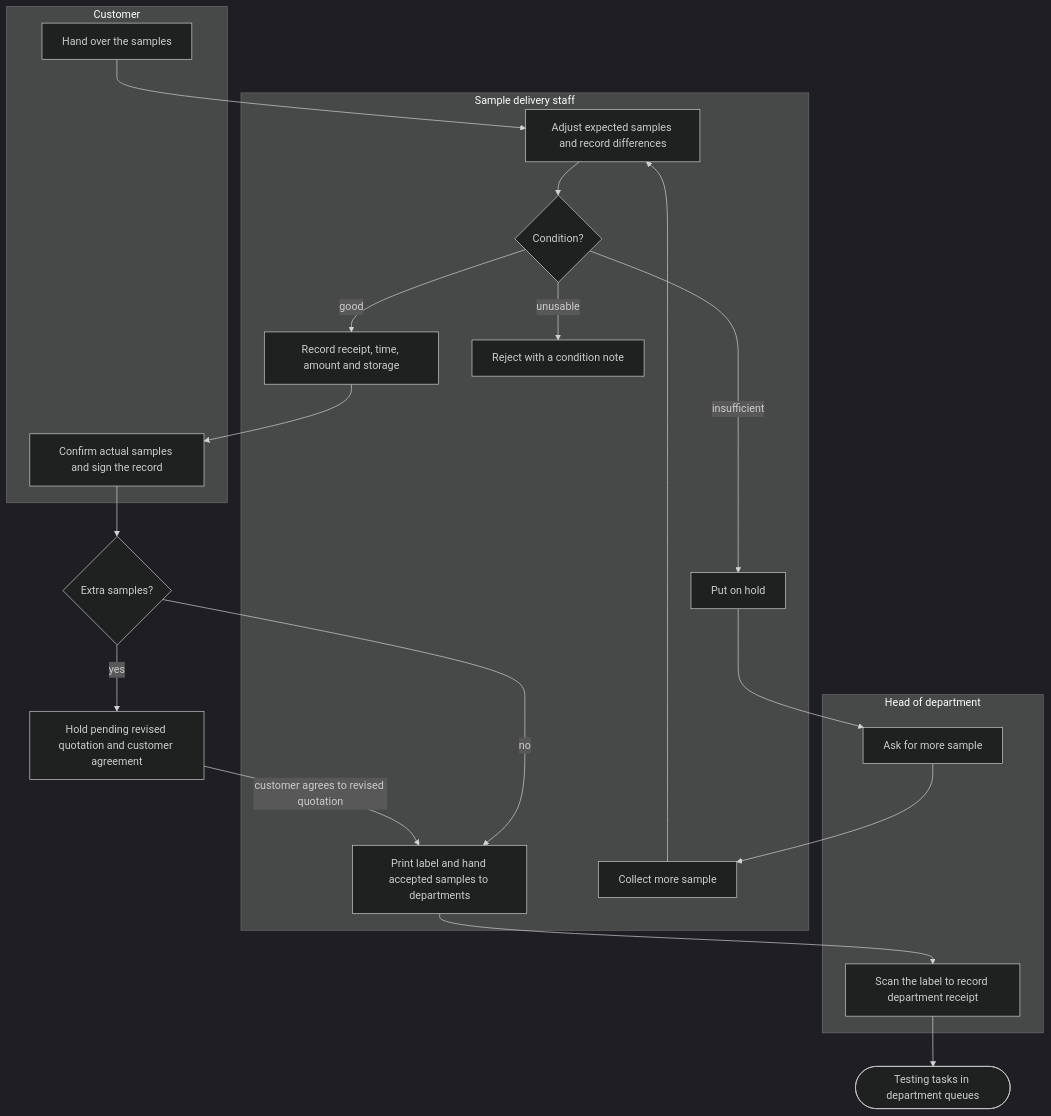
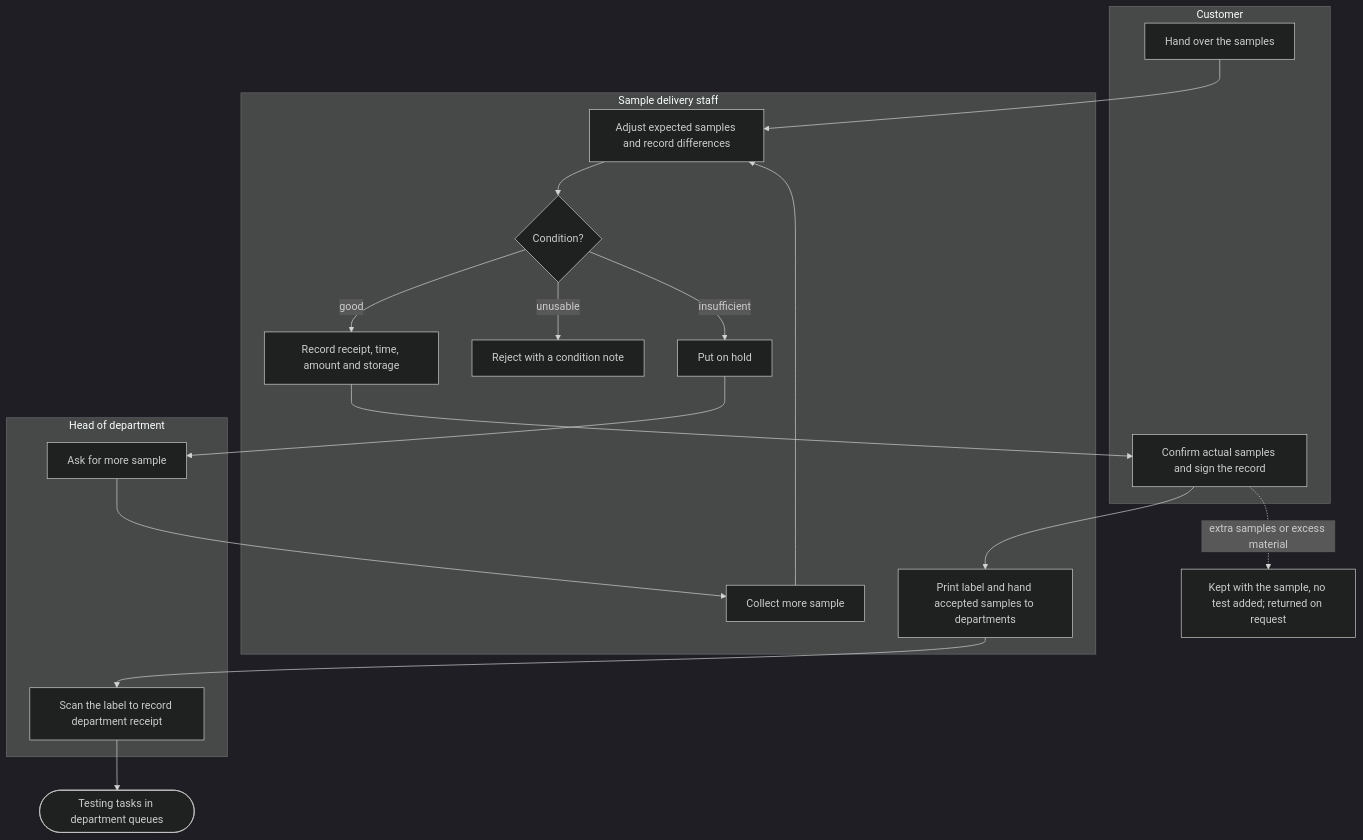
One commit to SoltuneMontepre/medilab changed the second of 17 diagrams in docs/functional/business-flows.md. Above: the diagram before and after it, drawn with Mermaid (dark theme). The commit also changed other lines of this file and 27 other files, not shown here.

````diff
--- a/docs/functional/business-flows.md
+++ b/docs/functional/business-flows.md
@@ -101,25 +96,23 @@
 ```mermaid
 flowchart TD
     subgraph lane5 ["Customer"]
         c1[Hand over the samples]
         c2[Confirm actual samples and sign the record]
     end
     subgraph lane6 ["Sample delivery staff"]
         d1[Adjust expected samples and record differences] --> d2{Condition?}
         d2 -->|good| d3[Record receipt, time, amount and storage]
         d2 -->|unusable| d6[Reject with a condition note]
         d2 -->|insufficient| d7[Put on hold]
         d4[Print label and hand accepted samples to departments]
         d8[Collect more sample]
     end
     subgraph lane7 ["Head of department"]
         h1[Ask for more sample]
         h2[Scan the label to record department receipt]
     end
     c1 --> d1
-    d3 --> c2 --> extra{Extra samples?}
-    extra -->|no| d4 --> h2 --> done([Testing tasks in department queues])
-    extra -->|yes| pending[Hold pending revised quotation and customer agreement]
-    pending -->|customer agrees to revised quotation| d4
+    d3 --> c2 --> d4 --> h2 --> done([Testing tasks in department queues])
+    c2 -.->|extra samples or excess material| keep[Kept with the sample, no test added; returned on request]
     d7 --> h1 --> d8 --> d1
 ```
````
